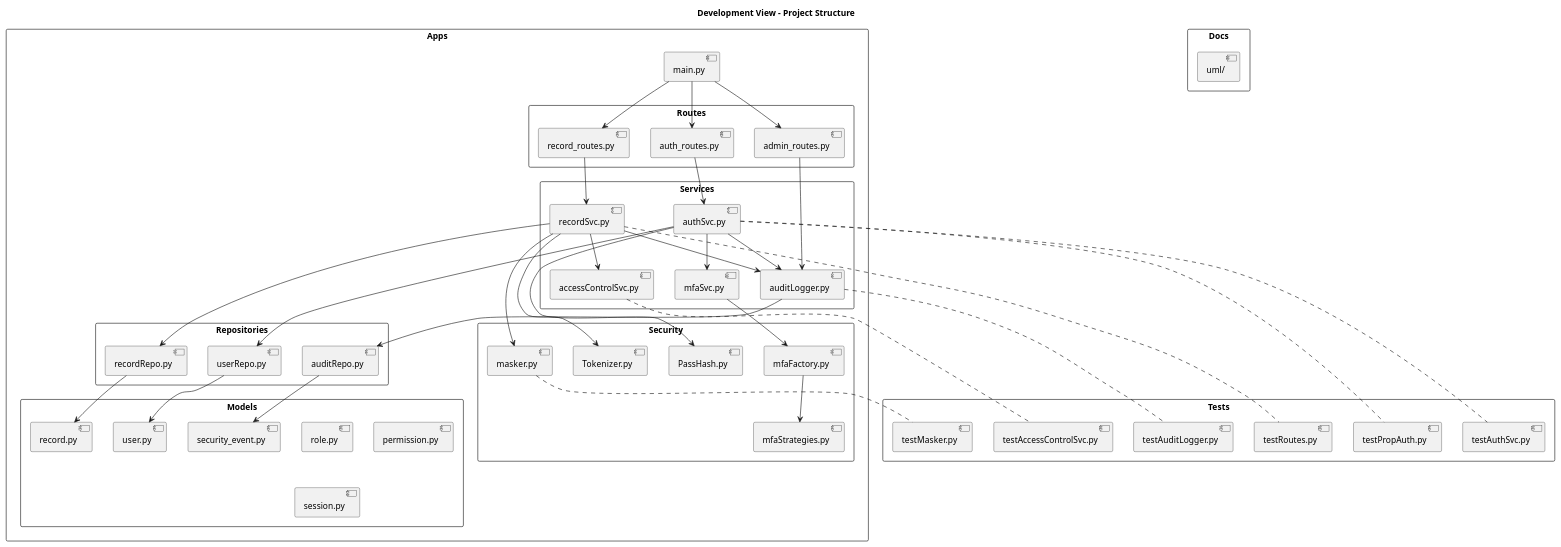
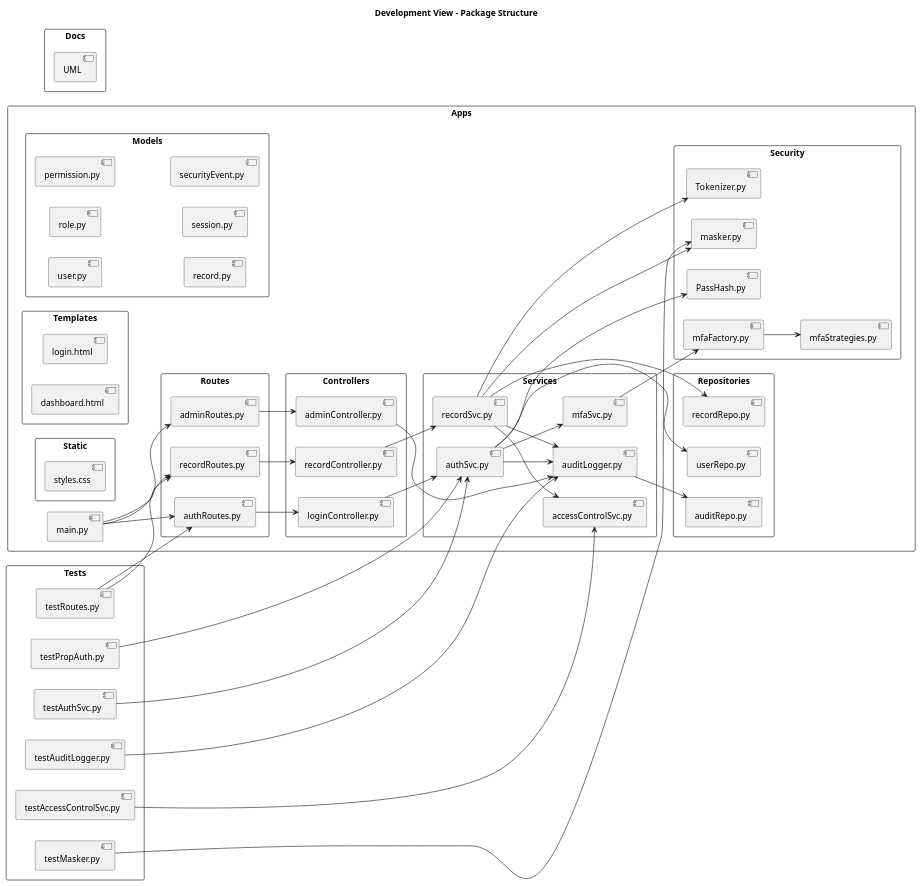
The diagram in Docs/Uml/04_development_package_view.puml (jgriffin12/CSCI375_final_project), drawn with PlantUML before and after one commit. The commit also changed 4 other files, not shown here.

Commit message:
uml files

```diff
--- a/Docs/Uml/04_development_package_view.puml
+++ b/Docs/Uml/04_development_package_view.puml
@@ -1,93 +1,112 @@
 @startuml
+left to right direction
 skinparam packageStyle rectangle
 skinparam shadowing false
 
-title Development View - Project Structure
+title Development View - Package Structure
 
 package "Apps" {
+  package "Routes" {
+    [authRoutes.py]
+    [recordRoutes.py]
+    [adminRoutes.py]
+  }
+
+  package "Controllers" {
+    [loginController.py]
+    [recordController.py]
+    [adminController.py]
+  }
+
   package "Models" {
     [user.py]
     [role.py]
     [permission.py]
     [record.py]
     [session.py]
-    [security_event.py]
+    [securityEvent.py]
   }
 
-  package "Repositories" {
-    [userRepo.py]
-    [recordRepo.py]
-    [auditRepo.py]
-  }
-
-  package "Routes" {
-    [auth_routes.py]
-    [record_routes.py]
-    [admin_routes.py]
+  package "Services" {
+    [authSvc.py]
+    [mfaSvc.py]
+    [accessControlSvc.py]
+    [recordSvc.py]
+    [auditLogger.py]
   }
 
   package "Security" {
     [PassHash.py]
     [masker.py]
     [Tokenizer.py]
     [mfaStrategies.py]
     [mfaFactory.py]
   }
 
-  package "Services" {
-    [authSvc.py]
-    [mfaSvc.py]
-    [accessControlSvc.py]
-    [recordSvc.py]
-    [auditLogger.py]
+  package "Repositories" {
+    [userRepo.py]
+    [recordRepo.py]
+    [auditRepo.py]
+  }
+
+  package "Templates" {
+    [login.html]
+    [dashboard.html]
+  }
+
+  package "Static" {
+    [styles.css]
   }
 
   [main.py]
-}
-
-package "Docs" {
-  [uml/]
 }
 
 package "Tests" {
   [testAuthSvc.py]
   [testAccessControlSvc.py]
   [testAuditLogger.py]
   [testMasker.py]
   [testPropAuth.py]
   [testRoutes.py]
 }
 
-[auth_routes.py] --> [authSvc.py]
-[record_routes.py] --> [recordSvc.py]
-[admin_routes.py] --> [auditLogger.py]
-[main.py] --> [auth_routes.py]
-[main.py] --> [record_routes.py]
-[main.py] --> [admin_routes.py]
+package "Docs" {
+  [UML]
+}
+
+[main.py] --> [authRoutes.py]
+[main.py] --> [recordRoutes.py]
+[main.py] --> [adminRoutes.py]
+
+[authRoutes.py] --> [loginController.py]
+[recordRoutes.py] --> [recordController.py]
+[adminRoutes.py] --> [adminController.py]
+
+[loginController.py] --> [authSvc.py]
+[recordController.py] --> [recordSvc.py]
+[adminController.py] --> [auditLogger.py]
 
 [authSvc.py] --> [userRepo.py]
 [authSvc.py] --> [PassHash.py]
 [authSvc.py] --> [mfaSvc.py]
 [authSvc.py] --> [auditLogger.py]
 
 [mfaSvc.py] --> [mfaFactory.py]
 [mfaFactory.py] --> [mfaStrategies.py]
 
 [recordSvc.py] --> [recordRepo.py]
 [recordSvc.py] --> [accessControlSvc.py]
 [recordSvc.py] --> [masker.py]
 [recordSvc.py] --> [Tokenizer.py]
 [recordSvc.py] --> [auditLogger.py]
 
 [auditLogger.py] --> [auditRepo.py]
-[userRepo.py] --> [user.py]
-[recordRepo.py] --> [record.py]
-[auditRepo.py] --> [security_event.py]
 
-authSvc.py .. testAuthSvc.py
-accessControlSvc.py .. testAccessControlSvc.py
-recordSvc.py .. testRoutes.py
-auditLogger.py .. testAuditLogger.py
-masker.py .. testMasker.py
-authSvc.py .. testPropAuth.py
+[testAuthSvc.py] --> [authSvc.py]
+[testAccessControlSvc.py] --> [accessControlSvc.py]
+[testAuditLogger.py] --> [auditLogger.py]
+[testMasker.py] --> [masker.py]
+[testPropAuth.py] --> [authSvc.py]
+[testRoutes.py] --> [authRoutes.py]
+[testRoutes.py] --> [recordRoutes.py]
 @enduml
```
